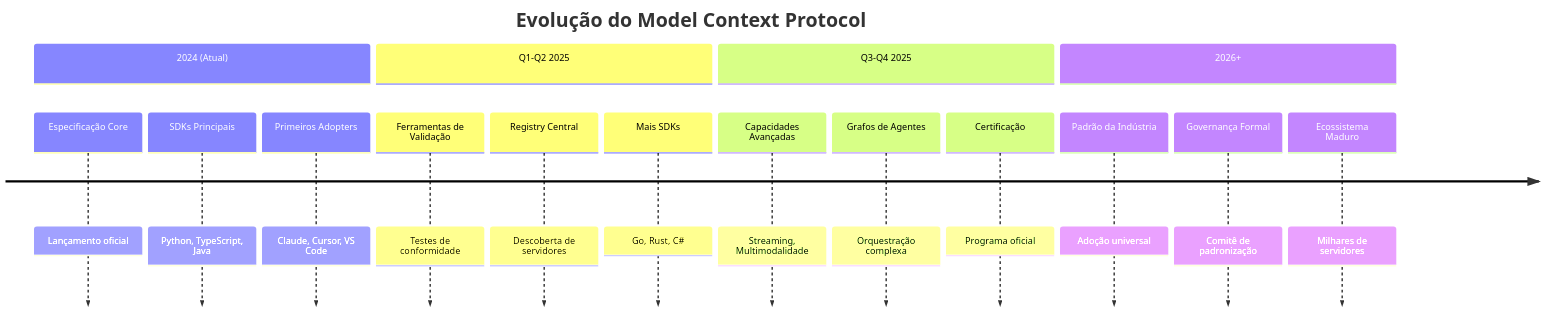
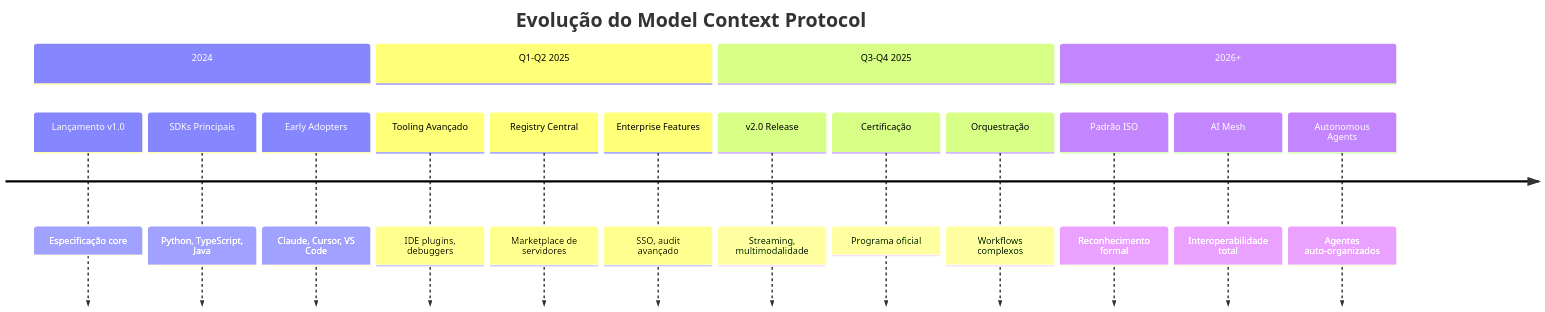
Before and after one commit to felipepimentel/my-public-notes: diagram 16 of 20 in AI/Comunicação/MCP/00-mcp-presentation-zero to hero.md, drawn with Mermaid. The commit also changed other lines of this file, not shown here.

````diff
--- a/AI/Comunicação/MCP/00-mcp-presentation-zero to hero.md
+++ b/AI/Comunicação/MCP/00-mcp-presentation-zero to hero.md
@@ -453,24 +486,24 @@
 ```mermaid
 timeline
     title Evolução do Model Context Protocol
     
-    section 2024 (Atual)
-      Especificação Core : Lançamento oficial
-      SDKs Principais : Python, TypeScript, Java
-      Primeiros Adopters : Claude, Cursor, VS Code
+    section 2024
+      Lançamento v1.0      : Especificação core
+      SDKs Principais      : Python, TypeScript, Java
+      Early Adopters       : Claude, Cursor, VS Code
     
     section Q1-Q2 2025
-      Ferramentas de Validação : Testes de conformidade
-      Registry Central : Descoberta de servidores
-      Mais SDKs : Go, Rust, C#
+      Tooling Avançado     : IDE plugins, debuggers
+      Registry Central     : Marketplace de servidores
+      Enterprise Features  : SSO, audit avançado
     
     section Q3-Q4 2025
-      Capacidades Avançadas : Streaming, Multimodalidade
-      Grafos de Agentes : Orquestração complexa
-      Certificação : Programa oficial
+      v2.0 Release         : Streaming, multimodalidade
+      Certificação         : Programa oficial
+      Orquestração         : Workflows complexos
     
     section 2026+
-      Padrão da Indústria : Adoção universal
-      Governança Formal : Comitê de padronização
-      Ecossistema Maduro : Milhares de servidores
+      Padrão ISO           : Reconhecimento formal
+      AI Mesh              : Interoperabilidade total
+      Autonomous Agents    : Agentes auto-organizados
 ```
````
